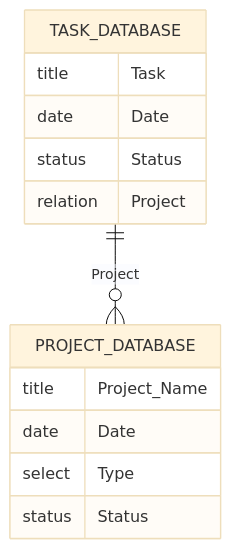
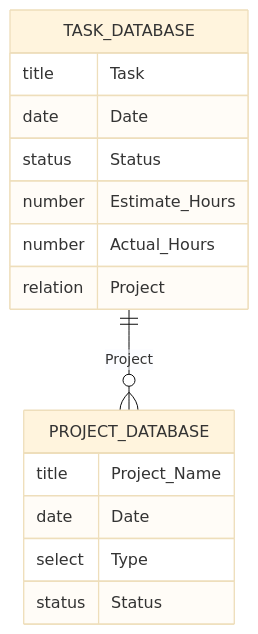
Before and after one commit to yumikokh/alfred-notion-task: the diagram in README.md, drawn with Mermaid (base theme). The commit also changed other lines of this file, not shown here.

Commit message:
docs: update README.md to enhance task management instructions and clarify installation steps for Notion and Toggl Track integration

````diff
--- a/README.md
+++ b/README.md
@@ -52,18 +71,20 @@
-```mermaid  
+```mermaid
 erDiagram
     TASK_DATABASE {
         title Task
         date Date
         status Status
+        number Estimate_Hours
+        number Actual_Hours
         relation Project
     }
-    
+
     PROJECT_DATABASE {
         title Project_Name
         date Date
         select Type
         status Status
     }
 
-    TASK_DATABASE ||--o{ PROJECT_DATABASE: Project  
+    TASK_DATABASE ||--o{ PROJECT_DATABASE: Project
 ```
````
